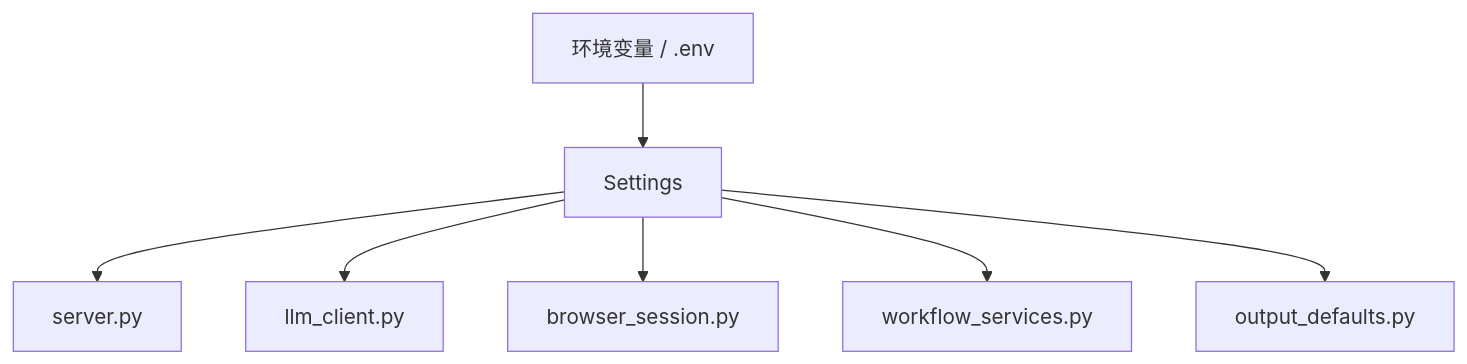
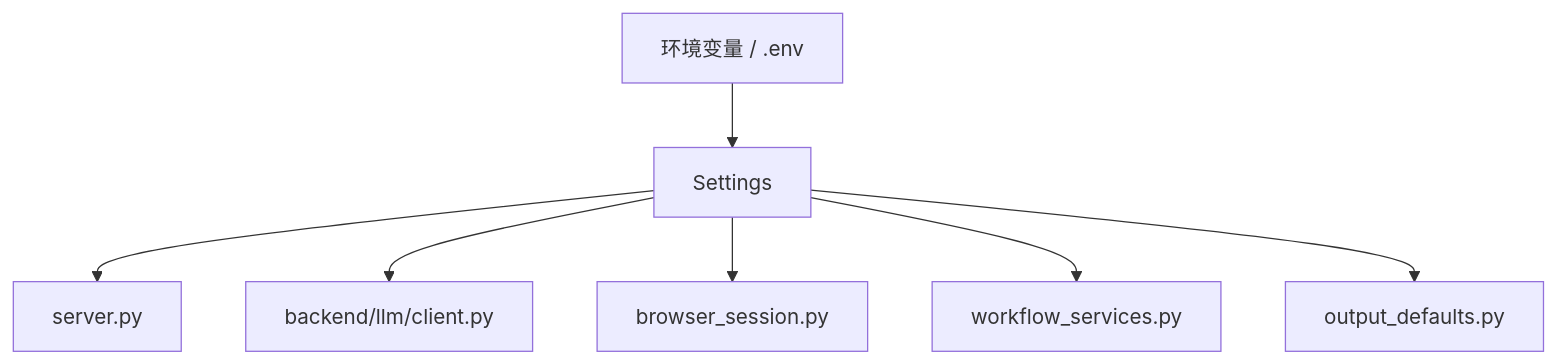
The third of 5 diagrams in docs/engineering-diagnosis-and-optimization-plan.md (tuisemo/crawler-pipeline-builder), drawn with Mermaid before and after one commit. The commit also changed other lines of this file and 130 other files, not shown here.

````diff
--- a/docs/engineering-diagnosis-and-optimization-plan.md
+++ b/docs/engineering-diagnosis-and-optimization-plan.md
@@ -156,9 +153,9 @@
 ```mermaid
 flowchart TD
     ENV["环境变量 / .env"] --> ST["Settings"]
     ST --> API["server.py"]
-    ST --> LLM["llm_client.py"]
+ST --> LLM["backend/llm/client.py"]
     ST --> BS["browser_session.py"]
     ST --> WS["workflow_services.py"]
     ST --> OUT["output_defaults.py"]
 ```
````
